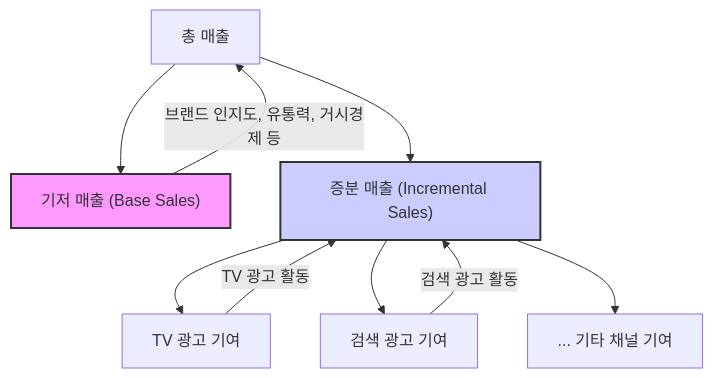
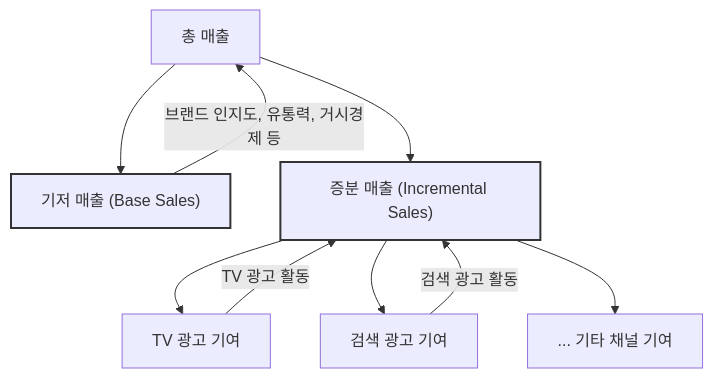
Before and after one commit to jinwook-chang/mmm-note: the diagram in 01_MMM.md, drawn with Mermaid.

````diff
--- a/01_MMM.md
+++ b/01_MMM.md
@@ -37,14 +37,14 @@
     ```mermaid
     graph TD
         A["총 매출"] --> B["기저 매출 (Base Sales)"];
         A --> C["증분 매출 (Incremental Sales)"];
         C --> D["TV 광고 기여"];
         C --> E["검색 광고 기여"];
         C --> F["... 기타 채널 기여"];
         B --"브랜드 인지도, 유통력, 거시경제 등"--> A;
         D --"TV 광고 활동"--> C;
         E --"검색 광고 활동"--> C;
 
-        style B fill:#f9f,stroke:#333,stroke-width:2px
-        style C fill:#ccf,stroke:#333,stroke-width:2px
+        style B stroke:#333,stroke-width:2px
+        style C stroke:#333,stroke-width:2px
     ```
````
